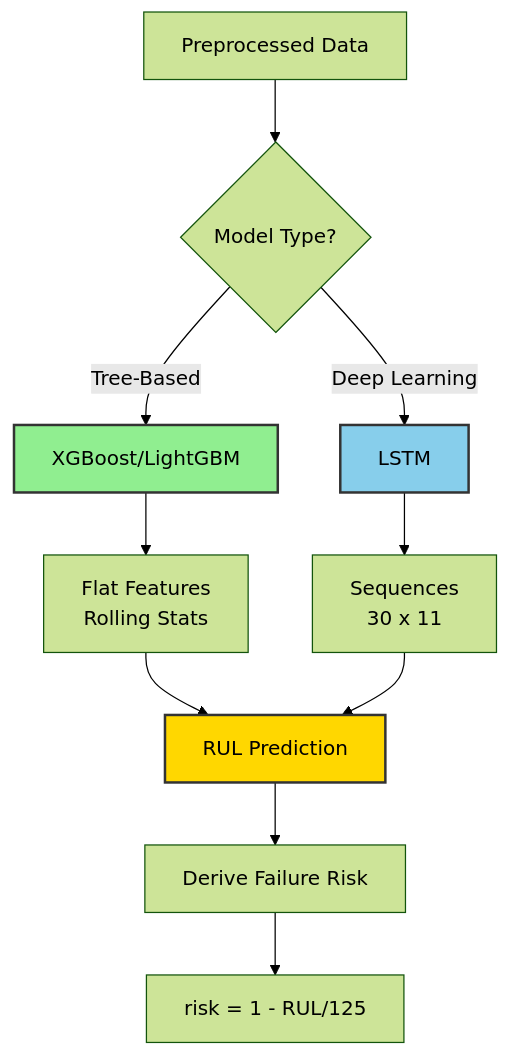
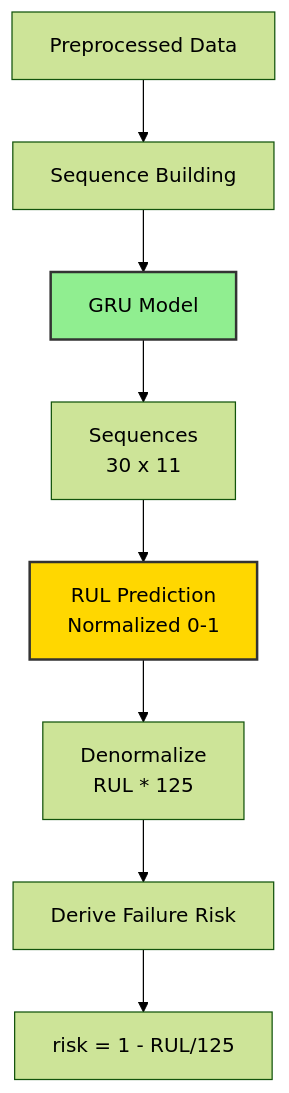
The first of 2 diagrams in docs/04_model_training.md (nasim-raj-laskar/Real-Time-Aircraft-Engine-Predictive-Maintenance-System), drawn with Mermaid (forest theme) before and after one commit. The commit also changed other lines of this file and 6 other files, not shown here.

````diff
--- a/docs/04_model_training.md
+++ b/docs/04_model_training.md
@@ -14,19 +17,18 @@
 ```mermaid
 graph TD
-    A[Preprocessed Data] --> B{Model Type?}
-    B -->|Tree-Based| C[XGBoost/LightGBM]
-    B -->|Deep Learning| D[LSTM]
+    A[Preprocessed Data] --> B[Sequence Building]
     
-    C --> E[Flat Features<br/>Rolling Stats]
-    D --> F[Sequences<br/>30 x 11]
+    B --> C[GRU Model]
     
-    E --> G[RUL Prediction]
-    F --> G
+    C --> D[Sequences<br/>30 x 11]
     
-    G --> H[Derive Failure Risk]
-    H --> I[risk = 1 - RUL/125]
+    D --> E[RUL Prediction<br/>Normalized 0-1]
+    
+    E --> F[Denormalize<br/>RUL * 125]
+    
+    F --> G[Derive Failure Risk]
+    G --> H[risk = 1 - RUL/125]
     
     style C fill:#90EE90,stroke:#333,stroke-width:2px,color:#000
-    style D fill:#87CEEB,stroke:#333,stroke-width:2px,color:#000
-    style G fill:#FFD700,stroke:#333,stroke-width:2px,color:#000
+    style E fill:#FFD700,stroke:#333,stroke-width:2px,color:#000
 ```
````
